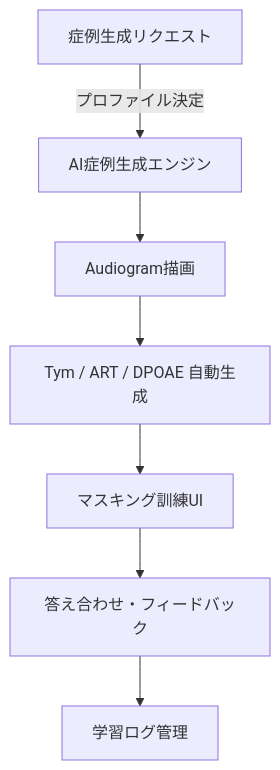
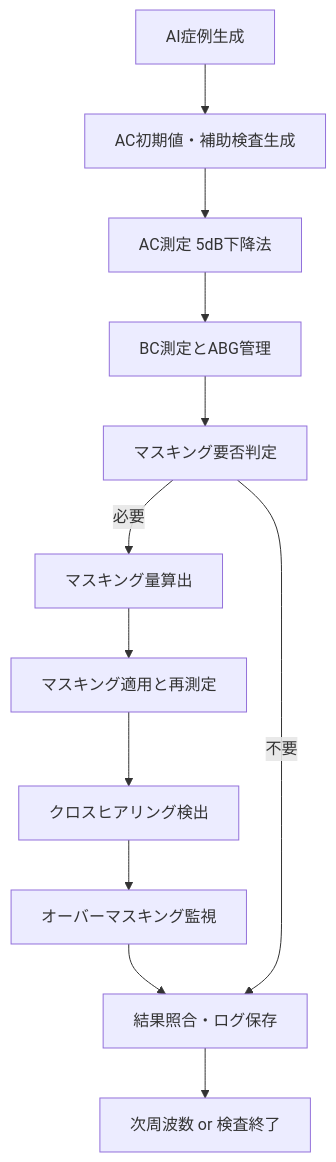
One commit to HIdechan-Maeda/Audiogram-masking-training-ver.2 changed the diagram in HearSim_マスキング訓練プレゼン.md. Above: the diagram before and after it, drawn with Mermaid. The commit also changed other lines of this file and 1 other file, not shown here.

Commit message:
Refine masking training deck with measurement workflow

````diff
--- a/HearSim_マスキング訓練プレゼン.md
+++ b/HearSim_マスキング訓練プレゼン.md
@@ -111,9 +119,14 @@
 ```mermaid
 flowchart TD
-  Start[症例生成リクエスト] -->|プロファイル決定| CaseEngine[AI症例生成エンジン]
-  CaseEngine --> Audiogram[Audiogram描画]
-  Audiogram --> Tests[Tym / ART / DPOAE 自動生成]
-  Tests --> MaskingTrainer[マスキング訓練UI]
-  MaskingTrainer --> Feedback[答え合わせ・フィードバック]
-  Feedback --> LogStore[学習ログ管理]
+  Start[AI症例生成] --> ACGen[AC初期値・補助検査生成]
+  ACGen --> ACMeasure[AC測定 5dB下降法]
+  ACMeasure --> BCMeasure[BC測定とABG管理]
+  BCMeasure --> MaskCheck[マスキング要否判定]
+  MaskCheck -->|必要| MaskCalc[マスキング量算出]
+  MaskCalc --> ApplyMask[マスキング適用と再測定]
+  ApplyMask --> CrossCheck[クロスヒアリング検出]
+  CrossCheck --> OverMask[オーバーマスキング監視]
+  OverMask --> ResultCheck[結果照合・ログ保存]
+  MaskCheck -->|不要| ResultCheck
+  ResultCheck --> Next[次周波数 or 検査終了]
 ```
````
